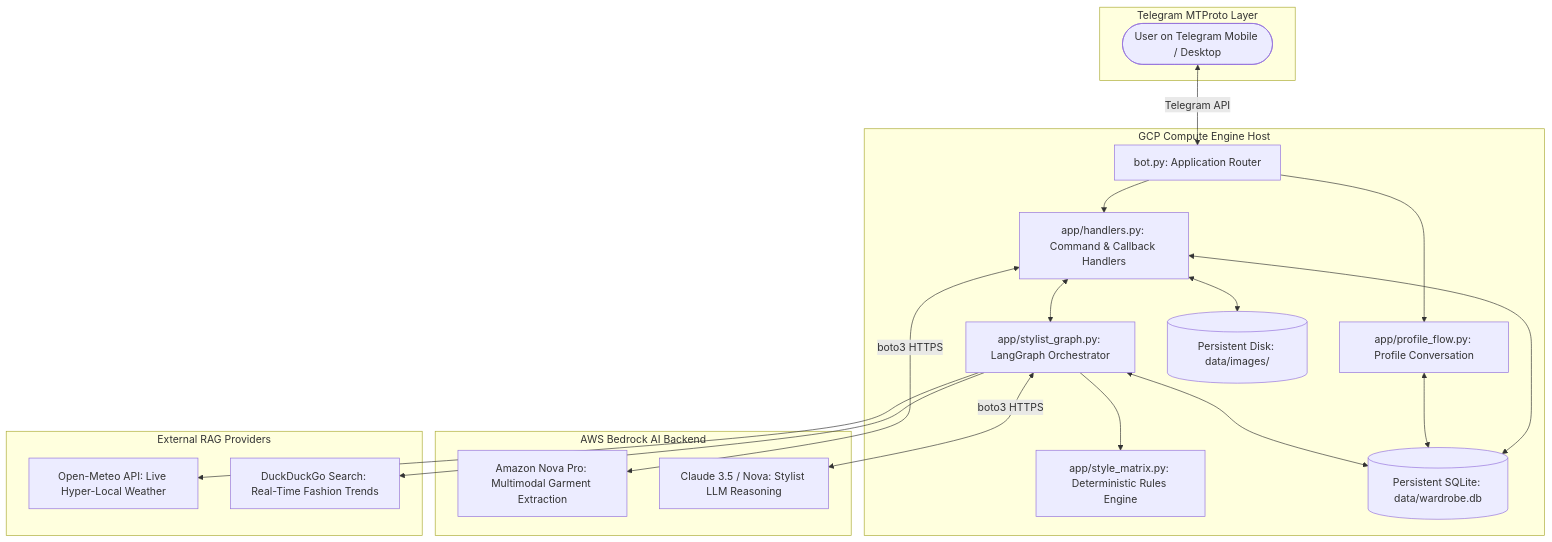
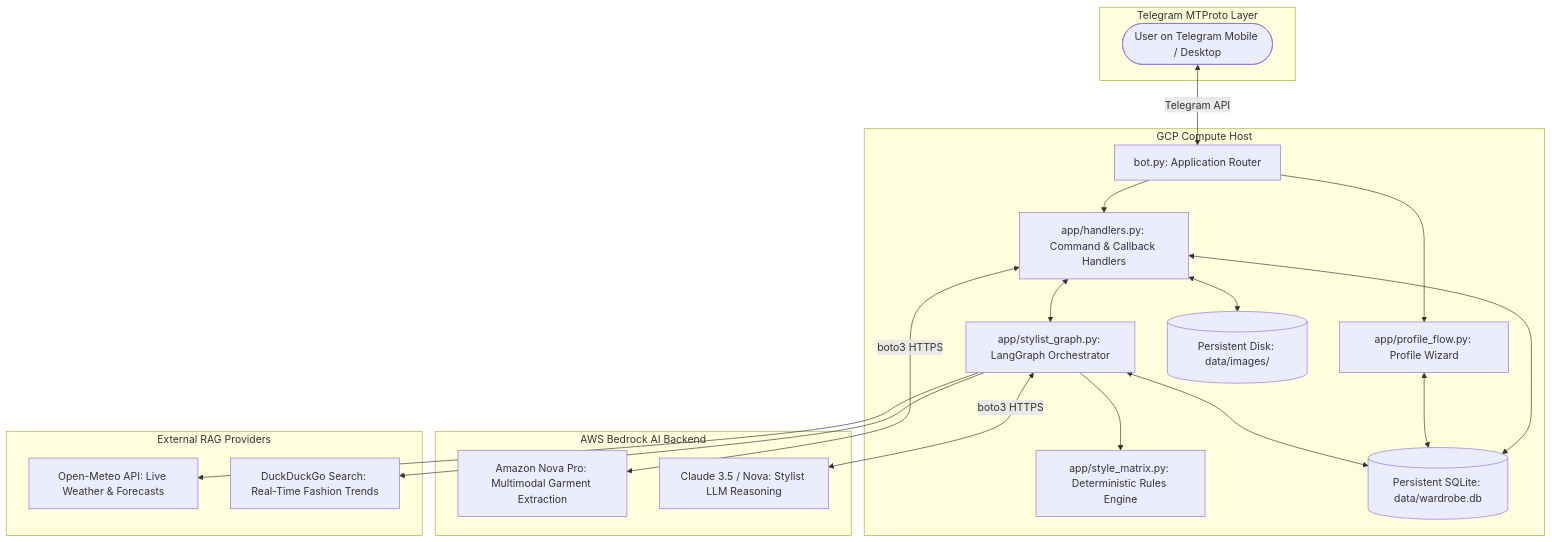
One commit to Jerrywoohoo/Fashion-sense-bot changed the first of 2 diagrams in system_documentation.md. Above: the diagram before and after it, drawn with Mermaid. The commit also changed other lines of this file and 3 other files, not shown here.

````diff
--- a/system_documentation.md
+++ b/system_documentation.md
@@ -75,42 +82,42 @@
 ```mermaid
 flowchart TD
     subgraph Telegram MTProto Layer
         User([User on Telegram Mobile / Desktop])
     end
 
-    subgraph Google Cloud Platform [GCP Compute Engine Host]
+    subgraph Google Cloud Platform [GCP Compute Host]
         Bot[bot.py: Application Router]
         Handlers[app/handlers.py: Command & Callback Handlers]
-        ProfileFlow[app/profile_flow.py: Profile Conversation]
+        ProfileFlow[app/profile_flow.py: Profile Wizard]
         StylistGraph[app/stylist_graph.py: LangGraph Orchestrator]
         StyleMatrix[app/style_matrix.py: Deterministic Rules Engine]
         DB[(Persistent SQLite: data/wardrobe.db)]
         Images[(Persistent Disk: data/images/)]
     end
 
     subgraph Amazon Web Services [AWS Bedrock AI Backend]
         NovaVision[Amazon Nova Pro: Multimodal Garment Extraction]
         ClaudeStylist[Claude 3.5 / Nova: Stylist LLM Reasoning]
     end
 
     subgraph External RAG Providers
-        OpenMeteo[Open-Meteo API: Live Hyper-Local Weather]
+        OpenMeteo[Open-Meteo API: Live Weather & Forecasts]
         DDGS[DuckDuckGo Search: Real-Time Fashion Trends]
     end
 
     User <-->|Telegram API| Bot
     Bot --> Handlers
     Bot --> ProfileFlow
     Handlers <--> StylistGraph
     Handlers <--> DB
     Handlers <--> Images
     ProfileFlow <--> DB
     
     StylistGraph --> OpenMeteo
     StylistGraph --> DDGS
     StylistGraph --> StyleMatrix
     StylistGraph <--> DB
     
     Handlers <-->|boto3 HTTPS| NovaVision
     StylistGraph <-->|boto3 HTTPS| ClaudeStylist
 ```
````
